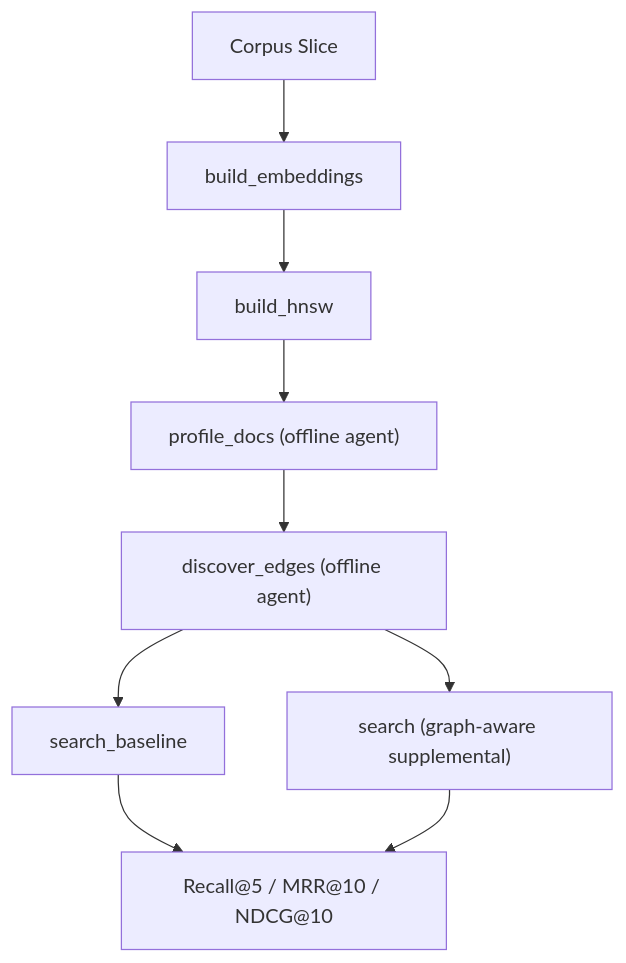
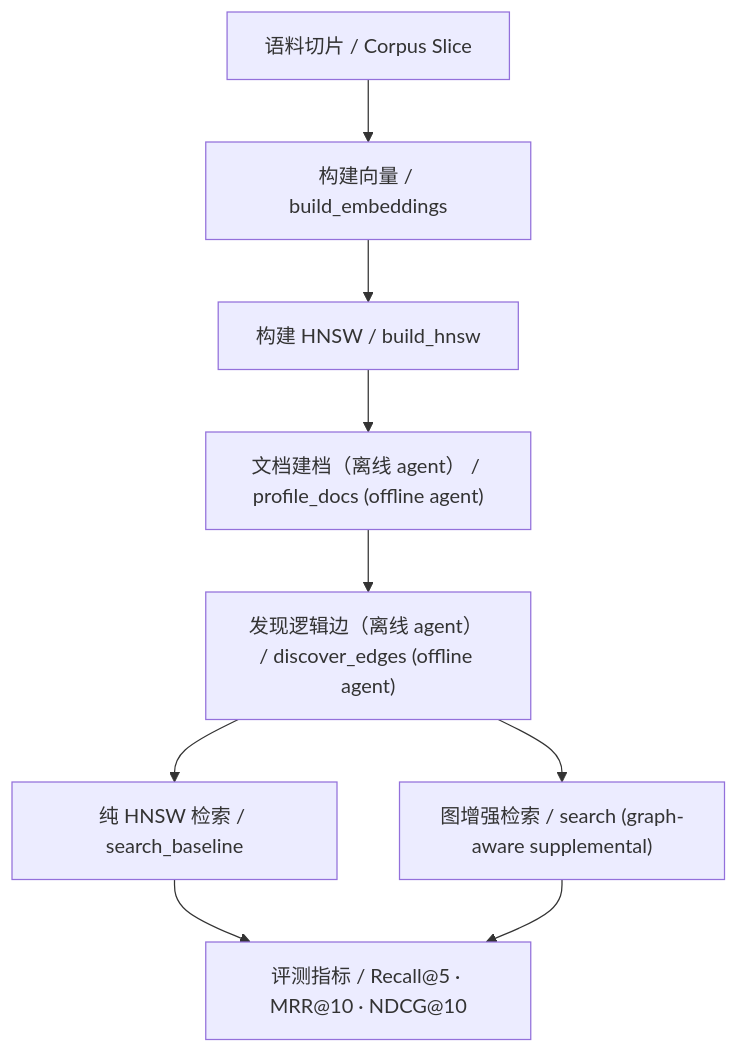
The diagram in docs/benchmark-report.md (DocuMind-Team/gl-hnsw), drawn with Mermaid before and after one commit. The commit also changed 1 other file, not shown here.

Commit message:
docs(mermaid): bilingualize diagram labels

````diff
--- a/docs/benchmark-report.md
+++ b/docs/benchmark-report.md
@@ -39,11 +39,11 @@
 ```mermaid
 flowchart TD
-    A["Corpus Slice"] --> B["build_embeddings"]
-    B --> C["build_hnsw"]
-    C --> D["profile_docs (offline agent)"]
-    D --> E["discover_edges (offline agent)"]
-    E --> F["search_baseline"]
-    E --> G["search (graph-aware supplemental)"]
-    F --> H["Recall@5 / MRR@10 / NDCG@10"]
+    A["语料切片 / Corpus Slice"] --> B["构建向量 / build_embeddings"]
+    B --> C["构建 HNSW / build_hnsw"]
+    C --> D["文档建档（离线 agent） / profile_docs (offline agent)"]
+    D --> E["发现逻辑边（离线 agent） / discover_edges (offline agent)"]
+    E --> F["纯 HNSW 检索 / search_baseline"]
+    E --> G["图增强检索 / search (graph-aware supplemental)"]
+    F --> H["评测指标 / Recall@5 · MRR@10 · NDCG@10"]
     G --> H
 ```
````
